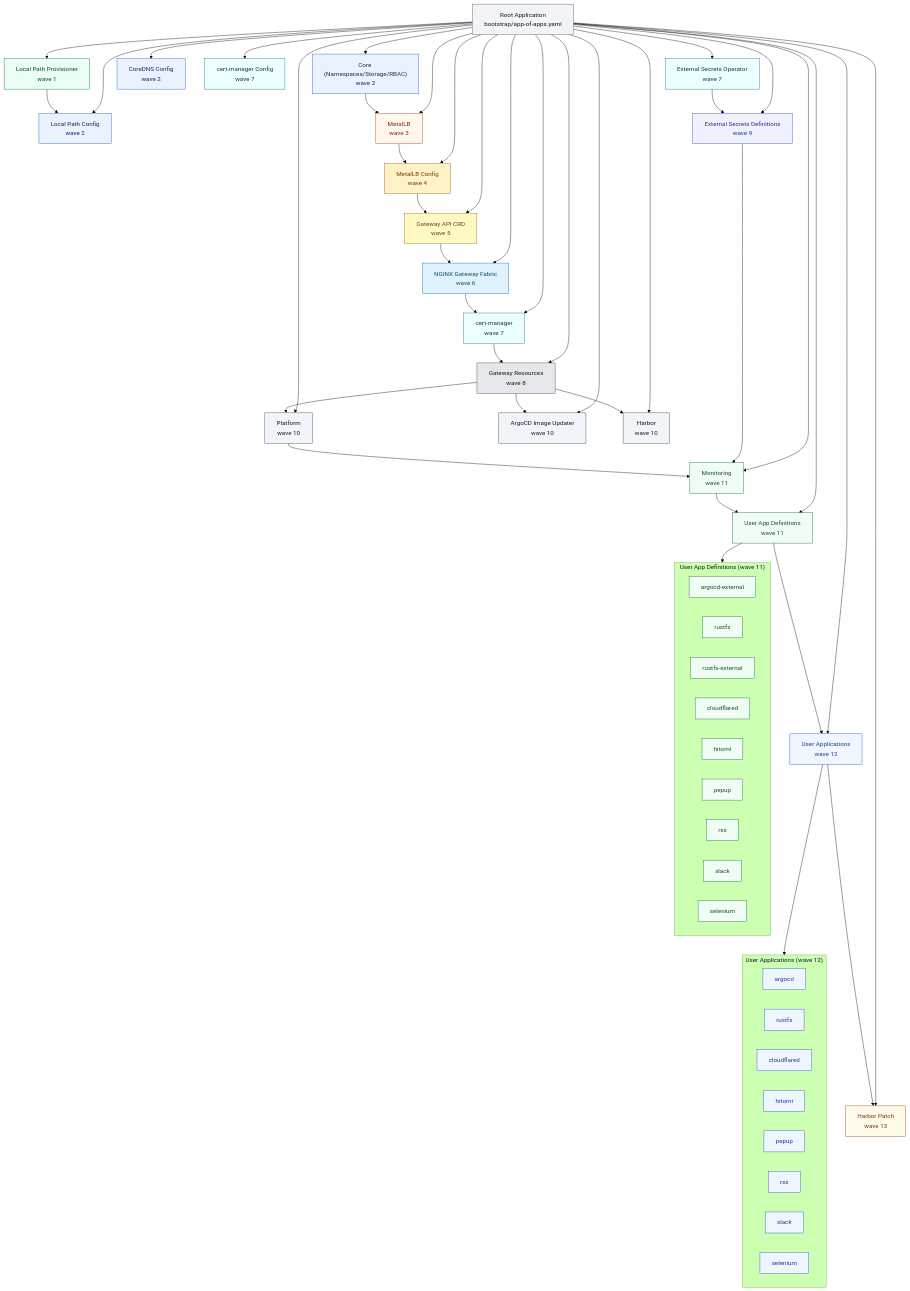
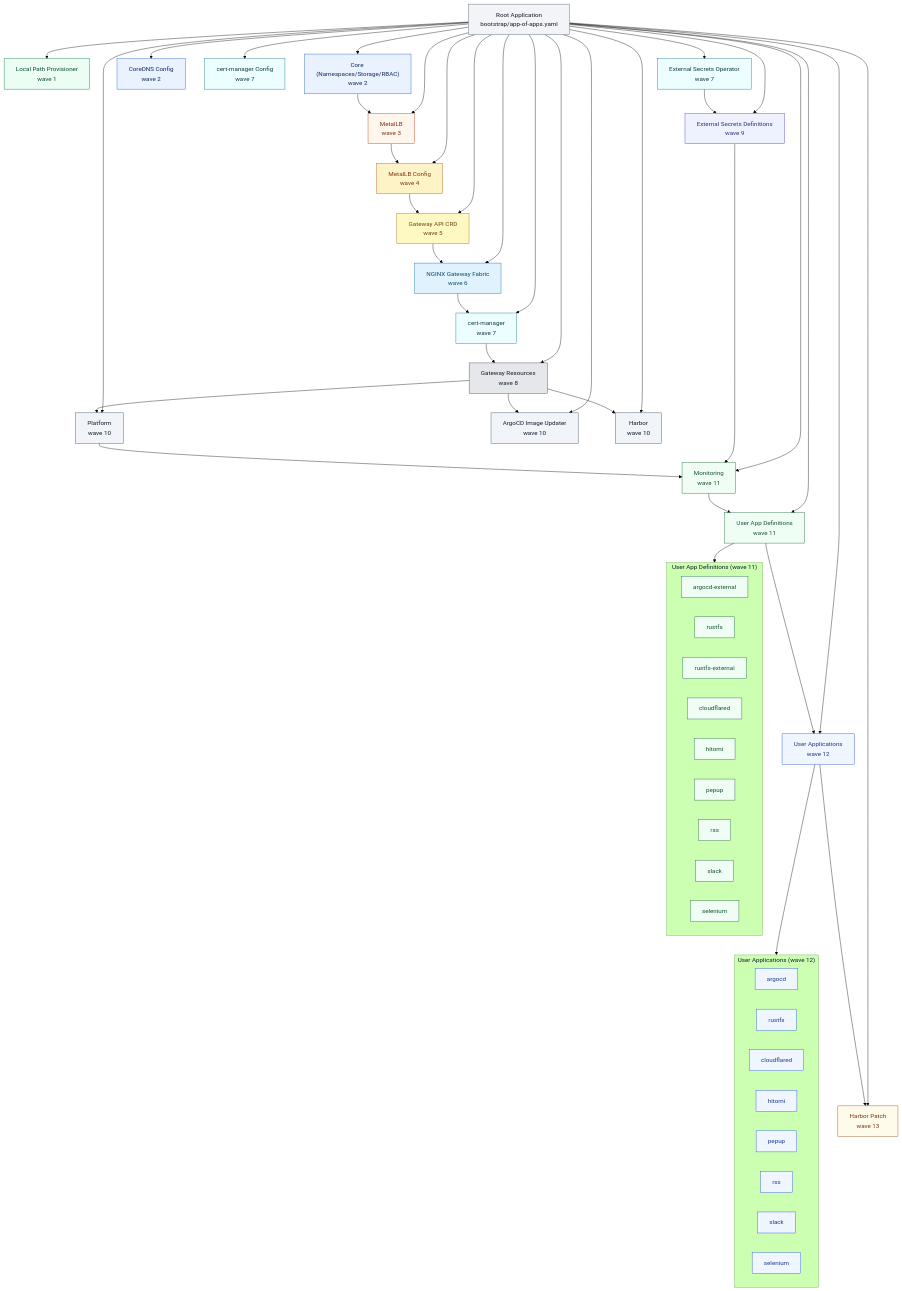
One commit to ksera524/k8s_myHome changed the diagram in docs/diagrams/app-of-apps-sync-wave.md. Above: the diagram before and after it, drawn with Mermaid (forest theme). The commit also changed other lines of this file and 4 other files, not shown here.

Commit message:
refactor: consolidate local-path provisioner

```diff
--- a/docs/diagrams/app-of-apps-sync-wave.md
+++ b/docs/diagrams/app-of-apps-sync-wave.md
@@ -10,7 +10,6 @@
   root["Root Application\nbootstrap/app-of-apps.yaml"]:::root
 
   lp["Local Path Provisioner\nwave 1"]:::wave1
-  lpc["Local Path Config\nwave 2"]:::wave2
   core["Core (Namespaces/Storage/RBAC)\nwave 2"]:::wave2
   coredns["CoreDNS Config\nwave 2"]:::wave2
 
@@ -32,7 +31,6 @@
   harborPatch["Harbor Patch\nwave 13"]:::wave13
 
   root --> lp
-  root --> lpc
   root --> core
   root --> coredns
   root --> metallb
@@ -52,7 +50,6 @@
   root --> userApps
   root --> harborPatch
 
-  lp --> lpc
   core --> metallb
   metallb --> metallbCfg
   metallbCfg --> gwApi
```
